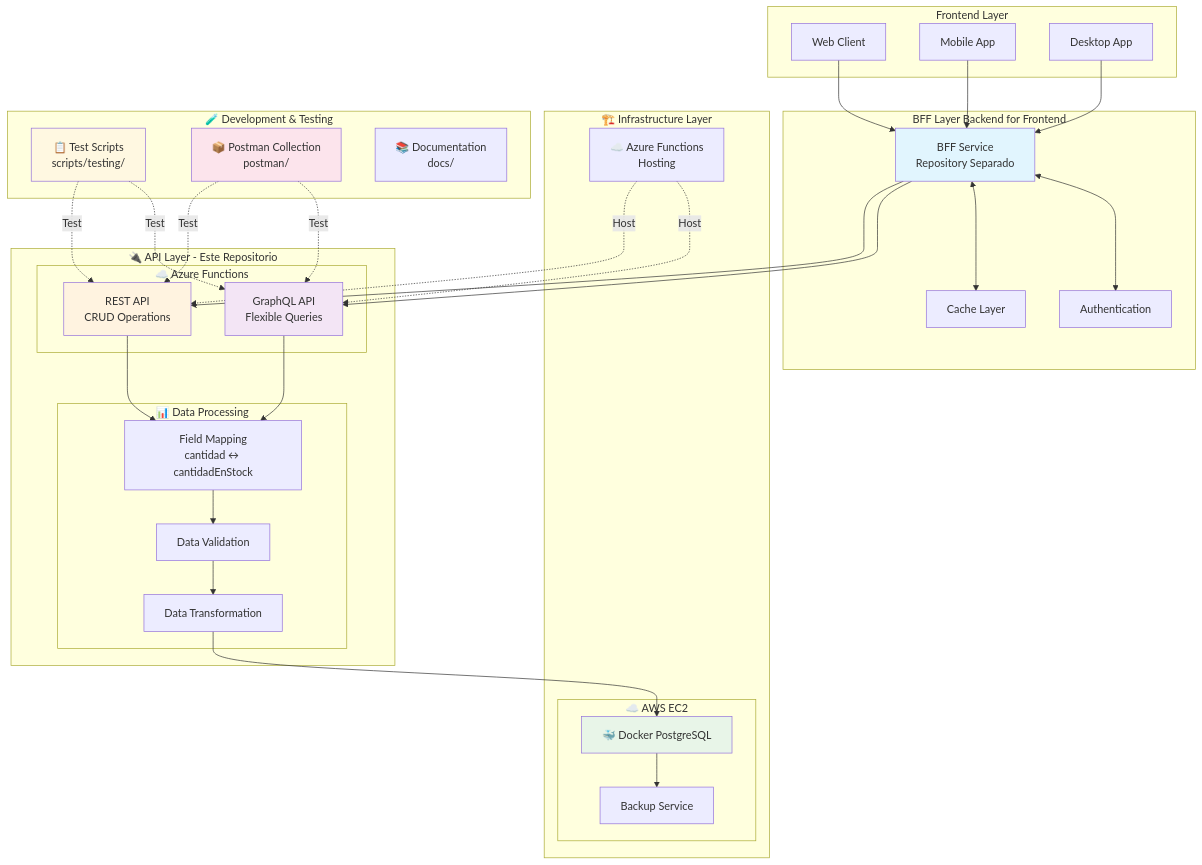
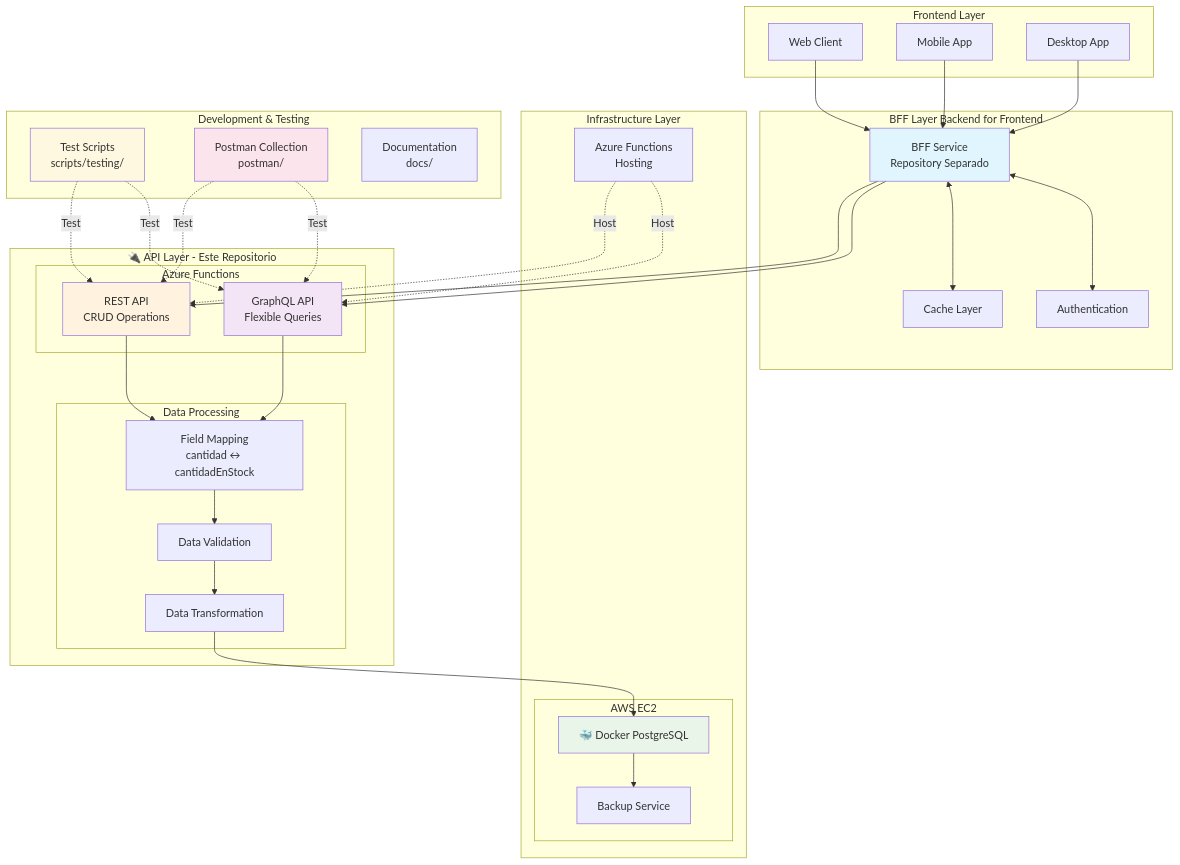
Before and after one commit to DiegoBarrosA/agranelos-functions-crud: the diagram in docs/index.md, drawn with Mermaid. The commit also changed other lines of this file and 23 other files, not shown here.

````diff
--- a/docs/index.md
+++ b/docs/index.md
@@ -43,81 +43,81 @@
 ```mermaid
 graph TB
     %% Frontend Layer
     subgraph "Frontend Layer"
         WEB[Web Client]
         MOB[Mobile App]
         DESK[Desktop App]
     end
     
     %% BFF Layer (Repositorio Separado)
     subgraph "BFF Layer Backend for Frontend"
         BFF[BFF Service<br/>Repository Separado]
         CACHE[Cache Layer]
         AUTH[Authentication]
     end
     
     %% API Layer (Este Repositorio)
     subgraph "🔌 API Layer - Este Repositorio"
-        subgraph "☁️ Azure Functions"
+        subgraph "Azure Functions"
             REST[REST API<br/>CRUD Operations]
             GRAPHQL[GraphQL API<br/>Flexible Queries]
         end
         
-        subgraph "📊 Data Processing"
+        subgraph "Data Processing"
             MAPPER[Field Mapping<br/>cantidad ↔ cantidadEnStock]
             VALIDATOR[Data Validation]
             TRANSFORMER[Data Transformation]
         end
     end
     
     %% Infrastructure Layer
-    subgraph "🏗️ Infrastructure Layer"
-        subgraph "☁️ AWS EC2"
+    subgraph "Infrastructure Layer"
+        subgraph "AWS EC2"
             DOCKER[🐳 Docker PostgreSQL]
             BACKUP[Backup Service]
         end
         
-        AZURE[☁️ Azure Functions<br/>Hosting]
+        AZURE[Azure Functions<br/>Hosting]
     end
     
     %% Development & Testing
-    subgraph "🧪 Development & Testing"
-        SCRIPTS[📋 Test Scripts<br/>scripts/testing/]
-        POSTMAN[📦 Postman Collection<br/>postman/]
-        DOCS[📚 Documentation<br/>docs/]
+    subgraph "Development & Testing"
+        SCRIPTS[Test Scripts<br/>scripts/testing/]
+        POSTMAN[Postman Collection<br/>postman/]
+        DOCS[Documentation<br/>docs/]
     end
     
     %% Connections
     WEB --> BFF
     MOB --> BFF
     DESK --> BFF
     
     BFF --> REST
     BFF --> GRAPHQL
     BFF <--> CACHE
     BFF <--> AUTH
     
     REST --> MAPPER
     GRAPHQL --> MAPPER
     
     MAPPER --> VALIDATOR
     VALIDATOR --> TRANSFORMER
     TRANSFORMER --> DOCKER
     
     AZURE -.->|"Host"| REST
     AZURE -.->|"Host"| GRAPHQL
     
     SCRIPTS -.->|"Test"| REST
     SCRIPTS -.->|"Test"| GRAPHQL
     POSTMAN -.->|"Test"| REST
     POSTMAN -.->|"Test"| GRAPHQL
     
     DOCKER --> BACKUP
     
     style BFF fill:#e1f5fe
     style REST fill:#fff3e0
     style GRAPHQL fill:#f3e5f5
     style DOCKER fill:#e8f5e8
     style SCRIPTS fill:#fff8e1
     style POSTMAN fill:#fce4ec
 ```
````
